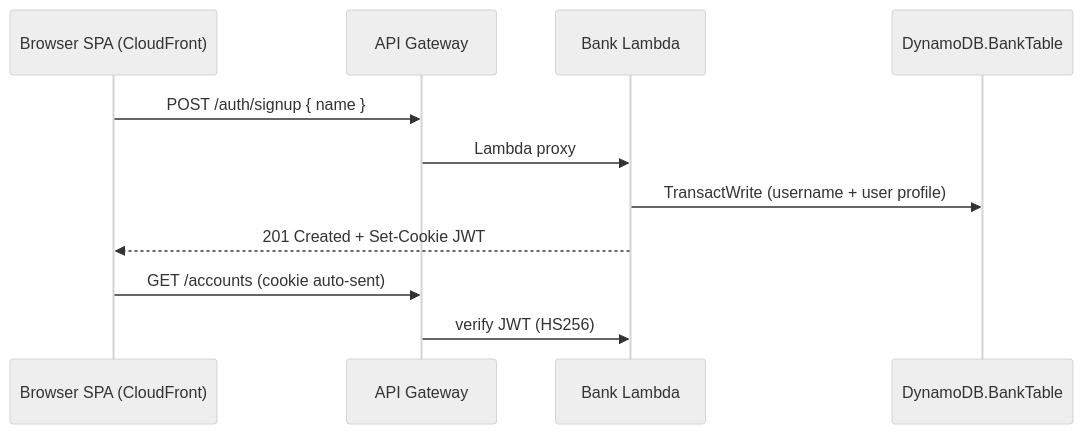
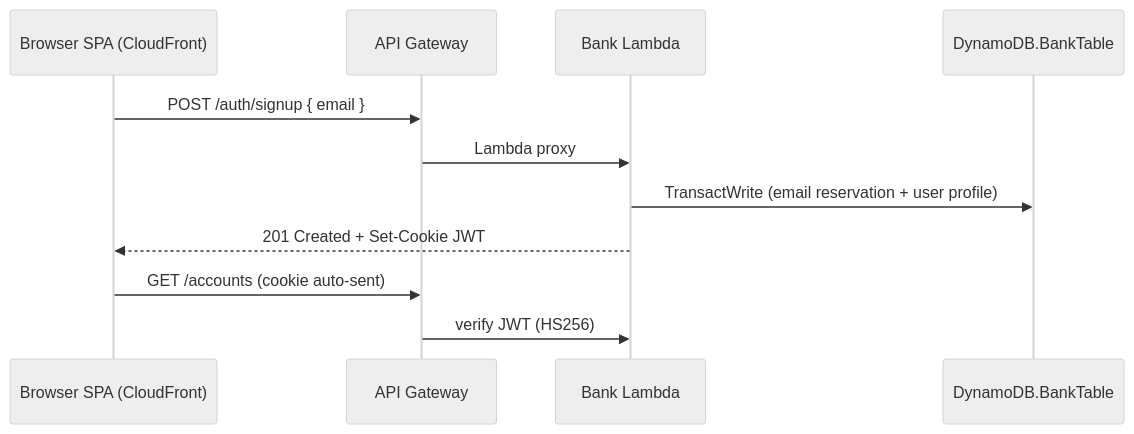
The diagram in docs/design/003-authentication.md (bluecontract/demo-bank-app), drawn with Mermaid (neutral theme) before and after one commit. The commit also changed other lines of this file and 40 other files, not shown here.

````diff
--- a/docs/design/003-authentication.md
+++ b/docs/design/003-authentication.md
@@ -21,14 +21,14 @@
 ```mermaid
 sequenceDiagram
     participant U as Browser SPA (CloudFront)
     participant G as API Gateway
     participant L as Bank Lambda
     participant D as DynamoDB.BankTable
 
-    U->>G: POST /auth/signup { name }
+    U->>G: POST /auth/signup { email }
     G->>L: Lambda proxy
-    L->>D: TransactWrite (username + user profile)
+    L->>D: TransactWrite (email reservation + user profile)
     L-->>U: 201 Created + Set-Cookie JWT
     U->>G: GET /accounts (cookie auto-sent)
     G->>L: verify JWT (HS256)
 ```
````
